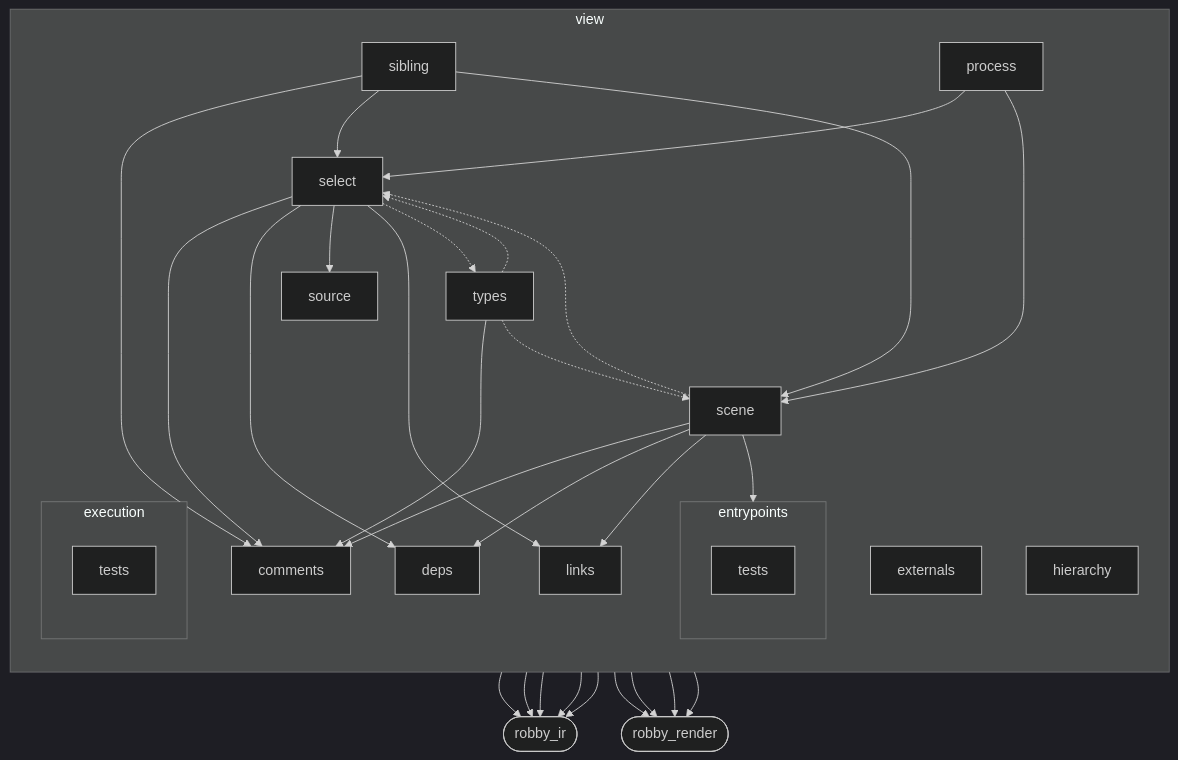
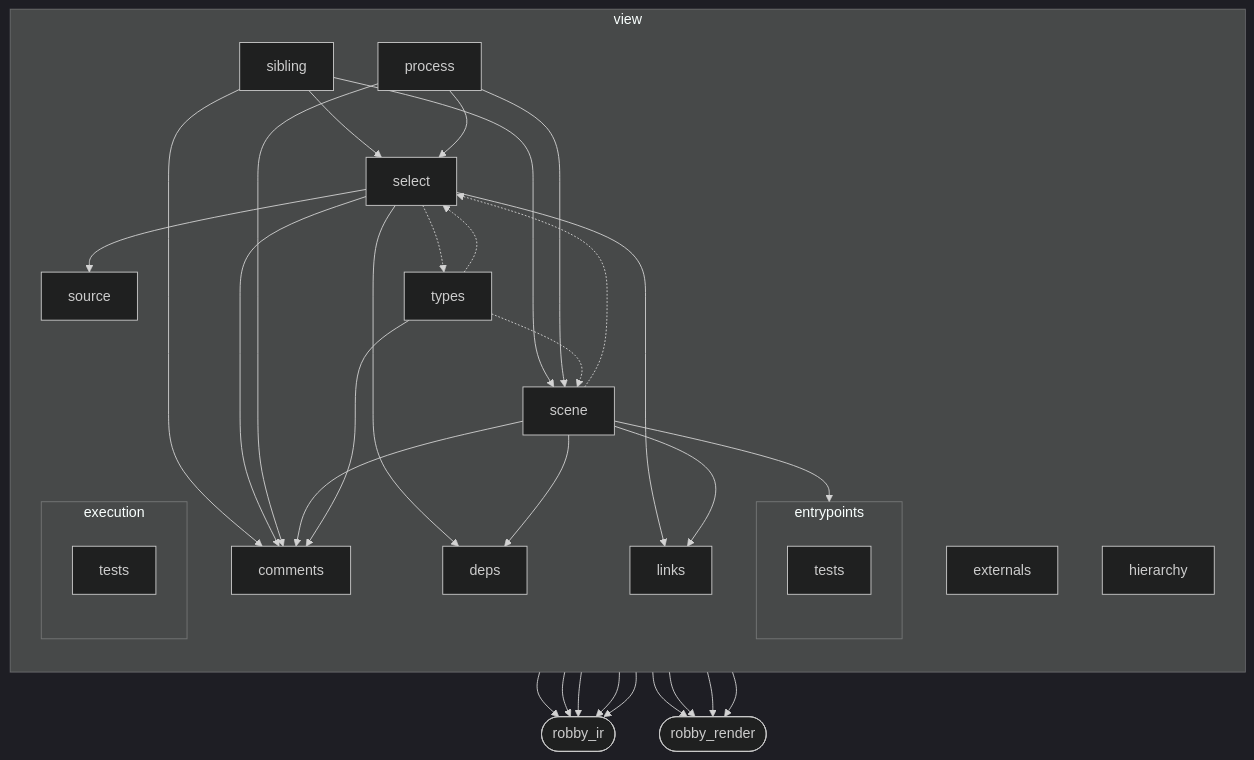
One commit to RyanGuild/self-describing-code changed the first of 2 diagrams in docs/self-model/robby_render/view/index.md. Above: the diagram before and after it, drawn with Mermaid (dark theme). The commit also changed other lines of this file and 747 other files, not shown here.

````diff
--- a/docs/self-model/robby_render/view/index.md
+++ b/docs/self-model/robby_render/view/index.md
@@ -14,54 +14,55 @@
 ```mermaid
 flowchart TB
     subgraph n_ca65ecef8a7529fb["view"]
         direction TB
         n_2bf7728895532b9d["comments"]
         n_55531c5d49993a41["deps"]
         subgraph n_ad6e3f155bb8c0b6["entrypoints"]
             direction TB
             n_d9491199caac034b["tests"]
         end
         subgraph n_5534aafb5d116cdb["execution"]
             direction TB
             n_a97bf31e52b55584["tests"]
         end
         n_575b84f39392c791["externals"]
         n_d6a4c714f5ebd9ce["hierarchy"]
         n_d98da197ad772974["links"]
         n_6b09e2da2b3d3ec0["process"]
         n_f006da06b5256ba9["scene"]
         n_534805da25f902cb["select"]
         n_3d4b89e4d03574c3["sibling"]
         n_af0e6cd35d46a66e["source"]
         n_f7b09b6570bc03a0["types"]
     end
     n_356bf2c23da68961(["robby_ir"])
     n_9c636b098ca4450e(["robby_render"])
     n_3d4b89e4d03574c3 --> n_2bf7728895532b9d
     n_3d4b89e4d03574c3 --> n_356bf2c23da68961
     n_3d4b89e4d03574c3 --> n_534805da25f902cb
     n_3d4b89e4d03574c3 --> n_9c636b098ca4450e
     n_3d4b89e4d03574c3 --> n_f006da06b5256ba9
     n_534805da25f902cb --> n_2bf7728895532b9d
     n_534805da25f902cb --> n_356bf2c23da68961
     n_534805da25f902cb --> n_55531c5d49993a41
     n_534805da25f902cb --> n_af0e6cd35d46a66e
     n_534805da25f902cb --> n_d98da197ad772974
     n_534805da25f902cb -.-> n_f7b09b6570bc03a0
+    n_6b09e2da2b3d3ec0 --> n_2bf7728895532b9d
     n_6b09e2da2b3d3ec0 --> n_534805da25f902cb
     n_6b09e2da2b3d3ec0 --> n_9c636b098ca4450e
     n_6b09e2da2b3d3ec0 --> n_f006da06b5256ba9
     n_af0e6cd35d46a66e --> n_356bf2c23da68961
     n_f006da06b5256ba9 --> n_2bf7728895532b9d
     n_f006da06b5256ba9 --> n_356bf2c23da68961
     n_f006da06b5256ba9 -.-> n_534805da25f902cb
     n_f006da06b5256ba9 --> n_55531c5d49993a41
     n_f006da06b5256ba9 --> n_9c636b098ca4450e
     n_f006da06b5256ba9 --> n_ad6e3f155bb8c0b6
     n_f006da06b5256ba9 --> n_d98da197ad772974
     n_f7b09b6570bc03a0 --> n_2bf7728895532b9d
     n_f7b09b6570bc03a0 --> n_356bf2c23da68961
     n_f7b09b6570bc03a0 -.-> n_534805da25f902cb
     n_f7b09b6570bc03a0 --> n_9c636b098ca4450e
     n_f7b09b6570bc03a0 -.-> n_f006da06b5256ba9
 ```
````
